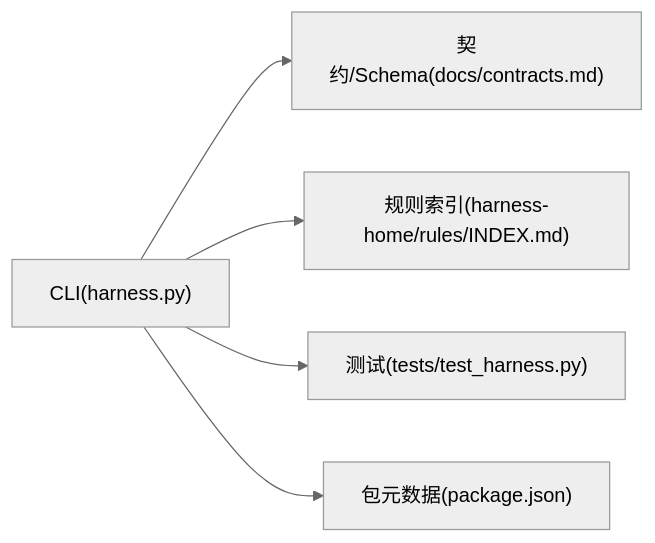
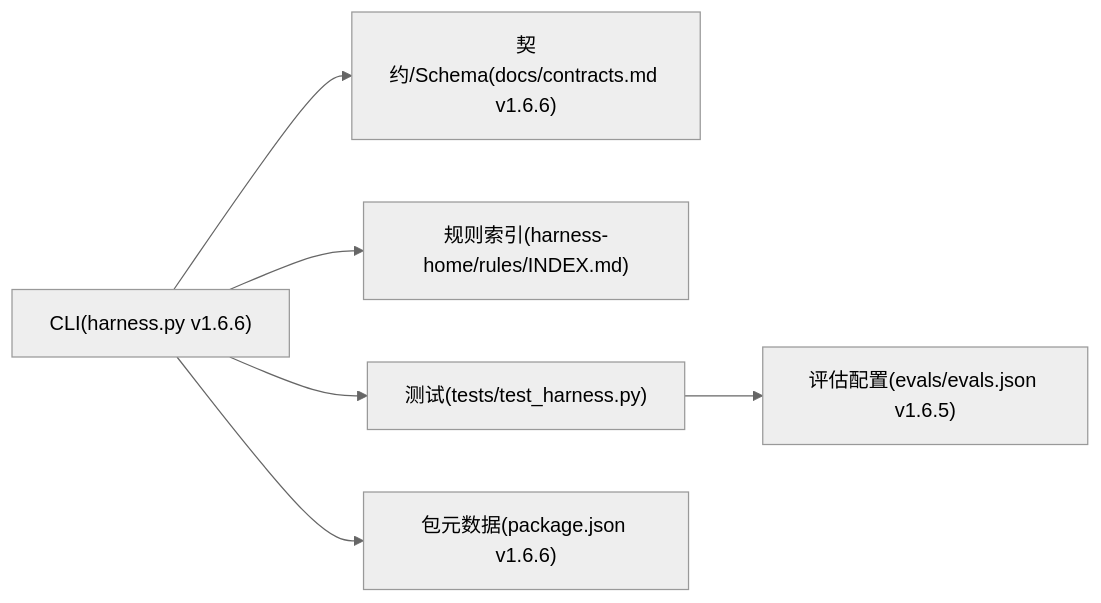
Before and after one commit to HackSing/docs-harness: the third of 3 diagrams in .qoder/repowiki/zh/content/API参考/API参考.md, drawn with Mermaid (neutral theme). The commit also changed other lines of this file and 32 other files, not shown here.

````diff
--- a/.qoder/repowiki/zh/content/API参考/API参考.md
+++ b/.qoder/repowiki/zh/content/API参考/API参考.md
@@ -303,7 +318,8 @@
 ```mermaid
 graph LR
-CLI["CLI(harness.py)"] --> Contracts["契约/Schema(docs/contracts.md)"]
+CLI["CLI(harness.py v1.6.6)"] --> Contracts["契约/Schema(docs/contracts.md v1.6.6)"]
 CLI --> Rules["规则索引(harness-home/rules/INDEX.md)"]
 CLI --> Tests["测试(tests/test_harness.py)"]
-CLI --> Package["包元数据(package.json)"]
+CLI --> Package["包元数据(package.json v1.6.6)"]
+Tests --> Evals["评估配置(evals/evals.json v1.6.5)"]
 ```
````
